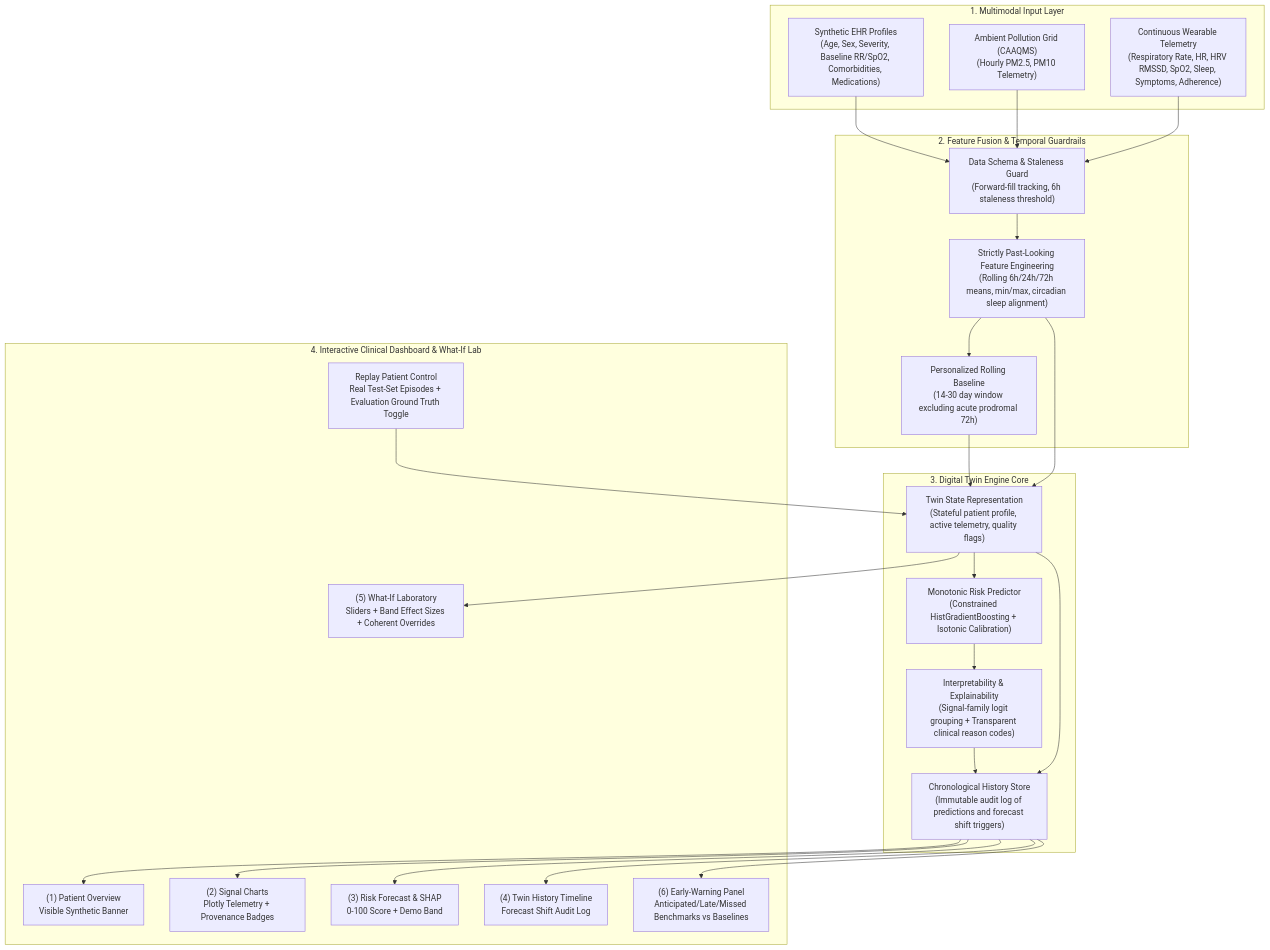
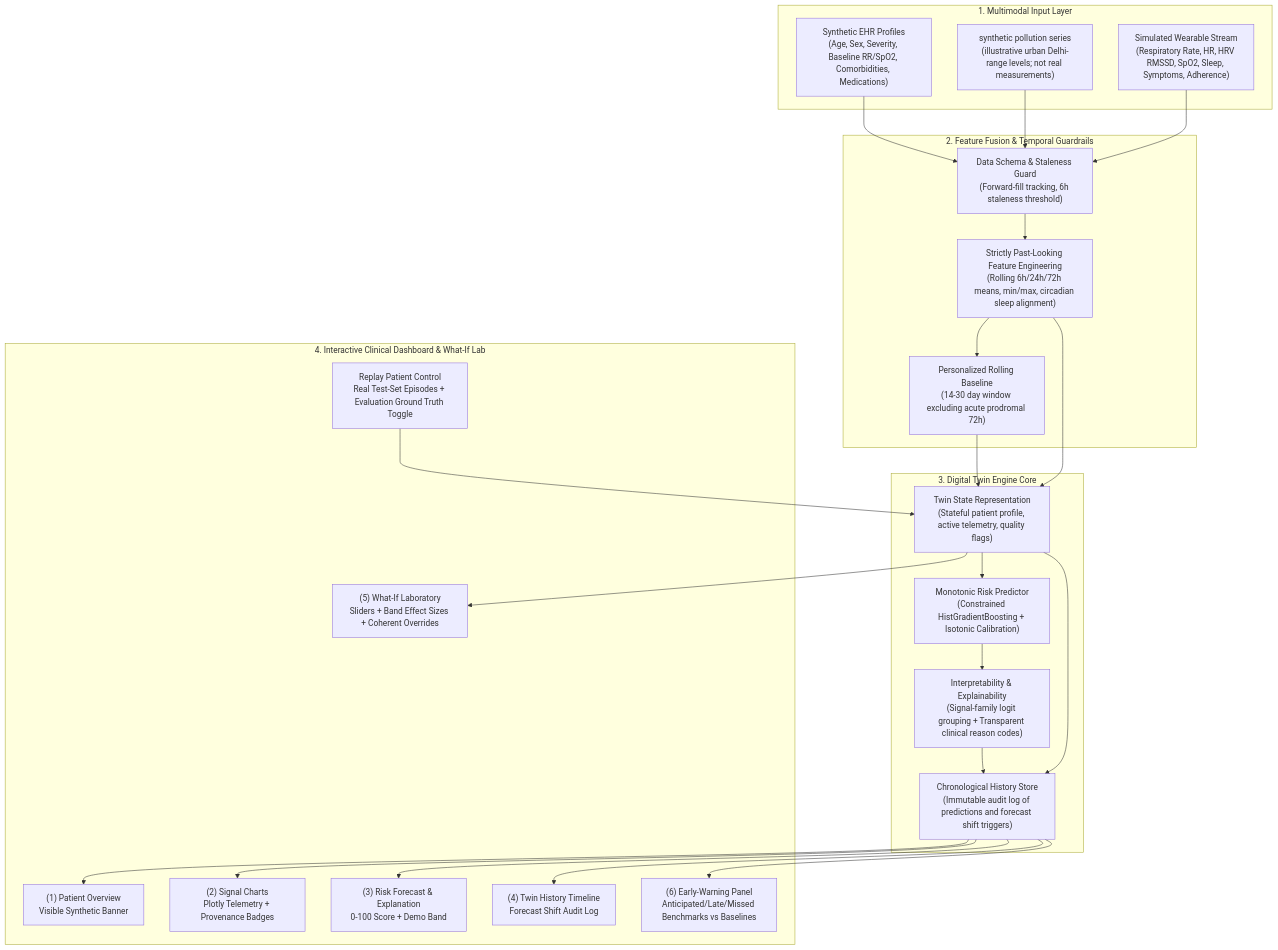
One commit to dhruvishah-crypto/AuraTwin_Adani-University changed the diagram in docs/architecture.md. Above: the diagram before and after it, drawn with Mermaid. The commit also changed other lines of this file and 19 other files, not shown here.

````diff
--- a/docs/architecture.md
+++ b/docs/architecture.md
@@ -11,57 +11,57 @@
 ```mermaid
 flowchart TD
     %% Input Sources
     subgraph S1["1. Multimodal Input Layer"]
         EHR["Synthetic EHR Profiles<br/>(Age, Sex, Severity, Baseline RR/SpO2, Comorbidities, Medications)"]
-        POL["Ambient Pollution Grid (CAAQMS)<br/>(Hourly PM2.5, PM10 Telemetry)"]
-        WEAR["Continuous Wearable Telemetry<br/>(Respiratory Rate, HR, HRV RMSSD, SpO2, Sleep, Symptoms, Adherence)"]
+        POL["synthetic pollution series<br/>(illustrative urban Delhi-range levels; not real measurements)"]
+        WEAR["Simulated Wearable Stream<br/>(Respiratory Rate, HR, HRV RMSSD, SpO2, Sleep, Symptoms, Adherence)"]
     end
 
     %% Feature Fusion Layer
     subgraph S2["2. Feature Fusion & Temporal Guardrails"]
         VAL["Data Schema & Staleness Guard<br/>(Forward-fill tracking, 6h staleness threshold)"]
         FUSION["Strictly Past-Looking Feature Engineering<br/>(Rolling 6h/24h/72h means, min/max, circadian sleep alignment)"]
         BASE["Personalized Rolling Baseline<br/>(14-30 day window excluding acute prodromal 72h)"]
     end
 
     %% Twin Engine Layer
     subgraph S3["3. Digital Twin Engine Core"]
         STATE["Twin State Representation<br/>(Stateful patient profile, active telemetry, quality flags)"]
         FORECAST["Monotonic Risk Predictor<br/>(Constrained HistGradientBoosting + Isotonic Calibration)"]
         EXPLAIN["Interpretability & Explainability<br/>(Signal-family logit grouping + Transparent clinical reason codes)"]
         HIST["Chronological History Store<br/>(Immutable audit log of predictions and forecast shift triggers)"]
     end
 
     %% UI & Decision Support Layer
     subgraph S4["4. Interactive Clinical Dashboard & What-If Lab"]
         P1["(1) Patient Overview<br/>Visible Synthetic Banner"]
         P2["(2) Signal Charts<br/>Plotly Telemetry + Provenance Badges"]
-        P3["(3) Risk Forecast & SHAP<br/>0-100 Score + Demo Band"]
+        P3["(3) Risk Forecast & Explanation<br/>0-100 Score + Demo Band"]
         P4["(4) Twin History Timeline<br/>Forecast Shift Audit Log"]
         P5["(5) What-If Laboratory<br/>Sliders + Band Effect Sizes + Coherent Overrides"]
         P6["(6) Early-Warning Panel<br/>Anticipated/Late/Missed Benchmarks vs Baselines"]
         REPLAY["Replay Patient Control<br/>Real Test-Set Episodes + Evaluation Ground Truth Toggle"]
     end
 
     %% Connections
     EHR --> VAL
     POL --> VAL
     WEAR --> VAL
     VAL --> FUSION
     FUSION --> BASE
     BASE --> STATE
     FUSION --> STATE
 
     STATE --> FORECAST
     FORECAST --> EXPLAIN
     EXPLAIN --> HIST
     STATE --> HIST
 
     HIST --> P1
     HIST --> P2
     HIST --> P3
     HIST --> P4
     STATE --> P5
     HIST --> P6
     REPLAY --> STATE
 ```
````
